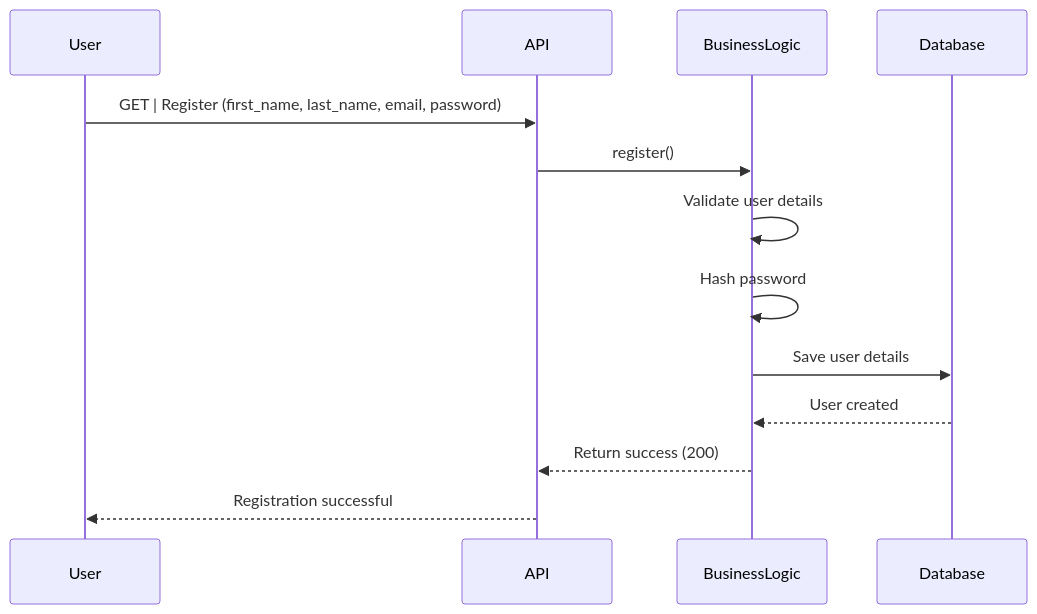
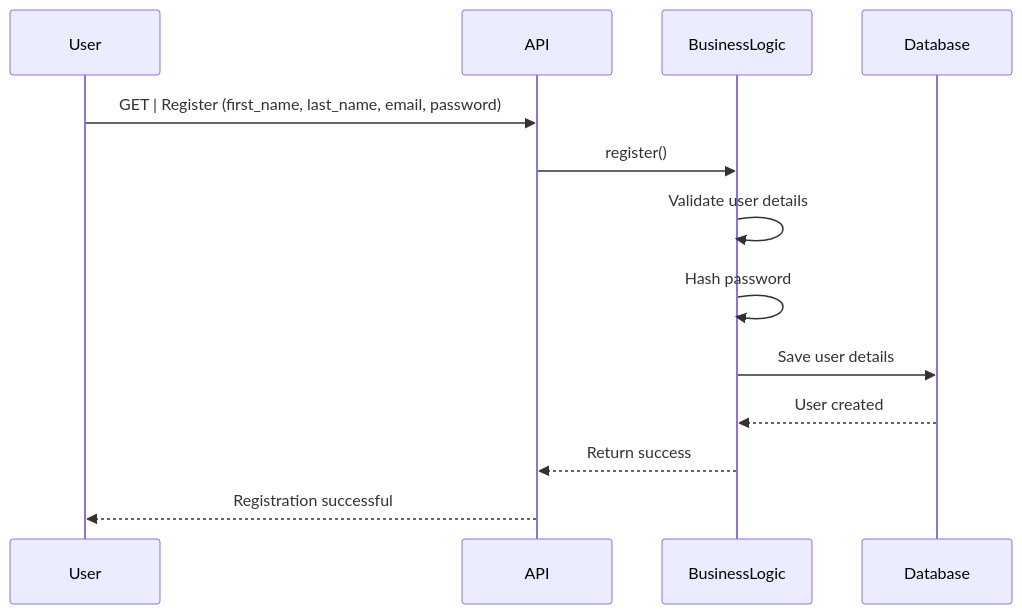
Before and after one commit to melvinredondotanis/holbertonschool-hbnb: the diagram in diagrams/sequence/register.mmd, drawn with Mermaid.

```diff
--- a/diagrams/sequence/register.mmd
+++ b/diagrams/sequence/register.mmd
@@ -1,14 +1,14 @@
 sequenceDiagram
     participant User
     participant API
     participant BusinessLogic
     participant Database
 
     User->>API: GET | Register (first_name, last_name, email, password)
     API->>BusinessLogic: register()
     BusinessLogic->>BusinessLogic: Validate user details
     BusinessLogic->>BusinessLogic: Hash password
     BusinessLogic->>Database: Save user details
     Database-->>BusinessLogic: User created
-    BusinessLogic-->>API: Return success (200)
+    BusinessLogic-->>API: Return success
     API-->>User: Registration successful
```
